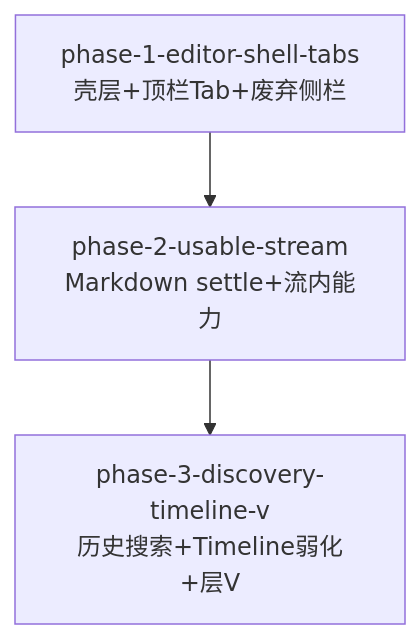
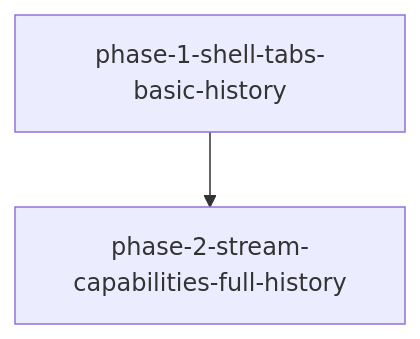
One commit to chenxidada/deepseek-harness changed the diagram in .specdev/specs/vscode-dsh-editor-chat-panel/phase-plan-zh.md. Above: the diagram before and after it, drawn with Mermaid. The commit also changed other lines of this file and 82 other files, not shown here.

First line of the commit message:
Phase phase-1-shell-tabs-basic-history: editor WebviewPanel + React shell, tabs, basic history

````diff
--- a/.specdev/specs/vscode-dsh-editor-chat-panel/phase-plan-zh.md
+++ b/.specdev/specs/vscode-dsh-editor-chat-panel/phase-plan-zh.md
@@ -21,7 +11,6 @@
 ```mermaid
 graph TD
-  P1[phase-1-editor-shell-tabs<br/>壳层+顶栏Tab+废弃侧栏]
-  P2[phase-2-usable-stream<br/>Markdown settle+流内能力]
-  P3[phase-3-discovery-timeline-v<br/>历史搜索+Timeline弱化+层V]
-  P1 --> P2 --> P3
+  P1["phase-1-shell-tabs-basic-history"]
+  P2["phase-2-stream-capabilities-full-history"]
+  P1 --> P2
 ```
````
